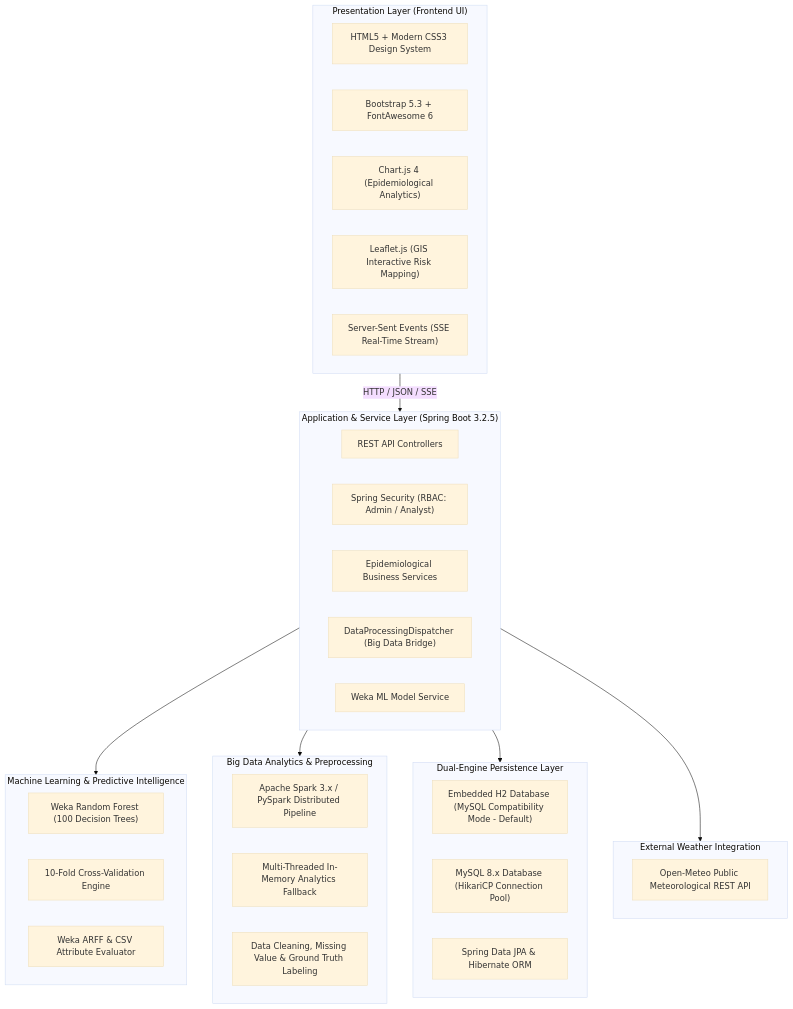
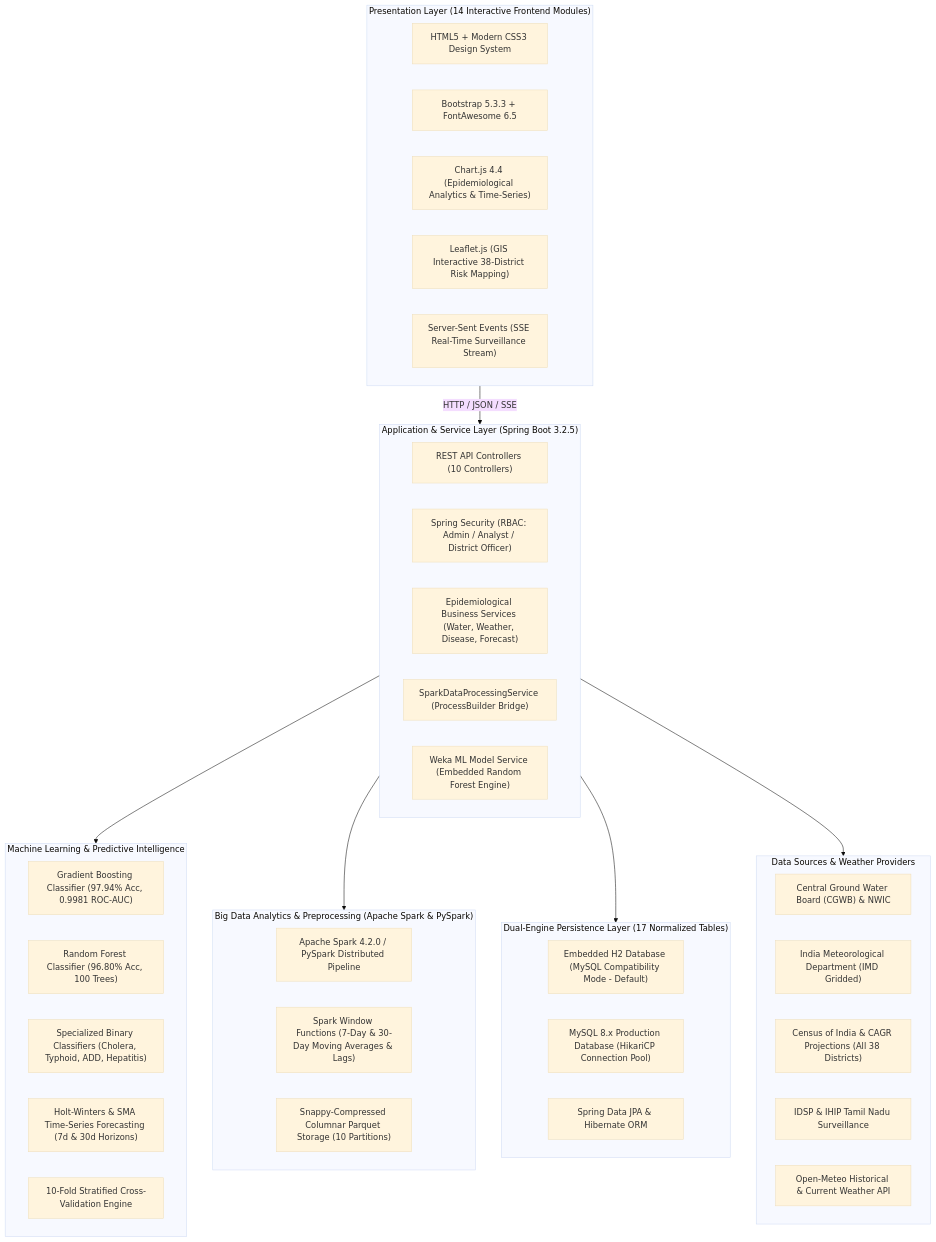
Before and after one commit to iamarunsarvesh12/AquaSafe: the diagram in PROJECT_GUIDE.md, drawn with Mermaid (base theme). The commit also changed other lines of this file and 371 other files, not shown here.

Commit message:
feat(aquasafe): complete system stabilization, 38-district 5-year data harmonization, Spark parquet pipeline, ML multi-model suite, live Open-Meteo sync, and comprehensive reports

````diff
--- a/PROJECT_GUIDE.md
+++ b/PROJECT_GUIDE.md
@@ -62,46 +24,52 @@
 ```mermaid
 graph TD
-    subgraph Client ["Presentation Layer (Frontend UI)"]
+    subgraph Client ["Presentation Layer (14 Interactive Frontend Modules)"]
         UI["HTML5 + Modern CSS3 Design System"]
-        BS["Bootstrap 5.3 + FontAwesome 6"]
-        CH["Chart.js 4 (Epidemiological Analytics)"]
-        LF["Leaflet.js (GIS Interactive Risk Mapping)"]
-        SSE["Server-Sent Events (SSE Real-Time Stream)"]
+        BS["Bootstrap 5.3.3 + FontAwesome 6.5"]
+        CH["Chart.js 4.4 (Epidemiological Analytics & Time-Series)"]
+        LF["Leaflet.js (GIS Interactive 38-District Risk Mapping)"]
+        SSE["Server-Sent Events (SSE Real-Time Surveillance Stream)"]
     end
 
     subgraph Server ["Application & Service Layer (Spring Boot 3.2.5)"]
-        API["REST API Controllers"]
-        SEC["Spring Security (RBAC: Admin / Analyst)"]
-        SVC["Epidemiological Business Services"]
-        DISP["DataProcessingDispatcher (Big Data Bridge)"]
-        WEKA_SVC["Weka ML Model Service"]
+        API["REST API Controllers (10 Controllers)"]
+        SEC["Spring Security (RBAC: Admin / Analyst / District Officer)"]
+        SVC["Epidemiological Business Services (Water, Weather, Disease, Forecast)"]
+        SPARK_SVC["SparkDataProcessingService (ProcessBuilder Bridge)"]
+        WEKA_SVC["Weka ML Model Service (Embedded Random Forest Engine)"]
     end
 
-    subgraph DataEngine ["Big Data Analytics & Preprocessing"]
-        SPARK["Apache Spark 3.x / PySpark Distributed Pipeline"]
-        LOCAL_PROC["Multi-Threaded In-Memory Analytics Fallback"]
-        CLEAN["Data Cleaning, Missing Value & Ground Truth Labeling"]
+    subgraph DataEngine ["Big Data Analytics & Preprocessing (Apache Spark & PySpark)"]
+        SPARK["Apache Spark 4.2.0 / PySpark Distributed Pipeline"]
+        WINDOW["Spark Window Functions (7-Day & 30-Day Moving Averages & Lags)"]
+        PARQUET["Snappy-Compressed Columnar Parquet Storage (10 Partitions)"]
     end
 
     subgraph ML ["Machine Learning & Predictive Intelligence"]
-        RF["Weka Random Forest (100 Decision Trees)"]
-        CV["10-Fold Cross-Validation Engine"]
-        ARFF["Weka ARFF & CSV Attribute Evaluator"]
+        GB["Gradient Boosting Classifier (97.94% Acc, 0.9981 ROC-AUC)"]
+        RF["Random Forest Classifier (96.80% Acc, 100 Trees)"]
+        DIS_ML["Specialized Binary Classifiers (Cholera, Typhoid, ADD, Hepatitis)"]
+        TS["Holt-Winters & SMA Time-Series Forecasting (7d & 30d Horizons)"]
+        CV["10-Fold Stratified Cross-Validation Engine"]
     end
 
-    subgraph Persistence ["Dual-Engine Persistence Layer"]
+    subgraph Persistence ["Dual-Engine Persistence Layer (17 Normalized Tables)"]
         H2["Embedded H2 Database (MySQL Compatibility Mode - Default)"]
-        MYSQL["MySQL 8.x Database (HikariCP Connection Pool)"]
+        MYSQL["MySQL 8.x Production Database (HikariCP Connection Pool)"]
         JPA["Spring Data JPA & Hibernate ORM"]
     end
 
-    subgraph External ["External Weather Integration"]
-        METEO["Open-Meteo Public Meteorological REST API"]
+    subgraph External ["Data Sources & Weather Providers"]
+        CGWB["Central Ground Water Board (CGWB) & NWIC"]
+        IMD["India Meteorological Department (IMD Gridded)"]
+        CENSUS["Census of India & CAGR Projections (All 38 Districts)"]
+        IDSP["IDSP & IHIP Tamil Nadu Surveillance"]
+        METEO["Open-Meteo Historical & Current Weather API"]
     end
 
     Client -->|HTTP / JSON / SSE| Server
     Server --> ML
     Server --> DataEngine
     Server --> Persistence
     Server --> External
 ```
````
